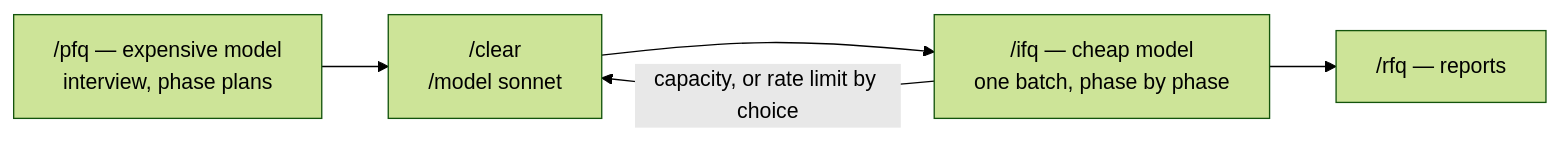
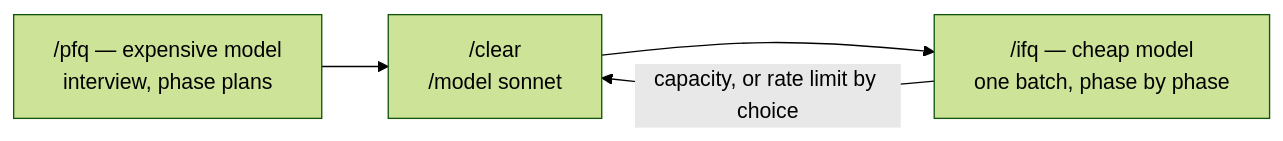
Before and after one commit to gumbaldi/magicbox: the first of 4 diagrams in claude/plugins/cfq/README.md, drawn with Mermaid (forest theme). The commit also changed other lines of this file and 18 other files, not shown here.

````diff
--- a/claude/plugins/cfq/README.md
+++ b/claude/plugins/cfq/README.md
@@ -7,7 +7,6 @@
 ```mermaid
 flowchart LR
   A["/pfq — expensive model<br/>interview, phase plans"] --> B["/clear<br/>/model sonnet"]
   B --> C["/ifq — cheap model<br/>one batch, phase by phase"]
-  C --> D["/rfq — reports"]
   C -->|"capacity, or rate limit by choice"| B
 ```
````
